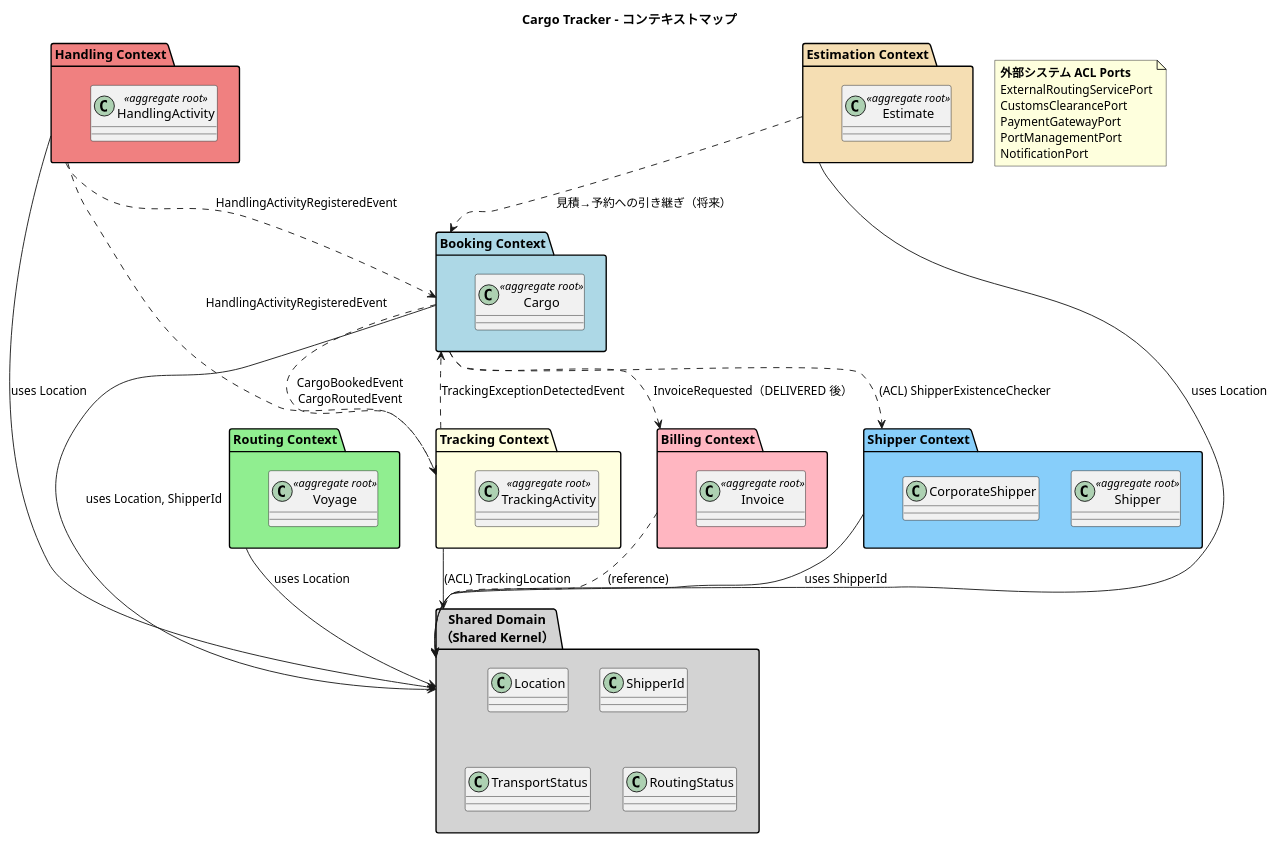
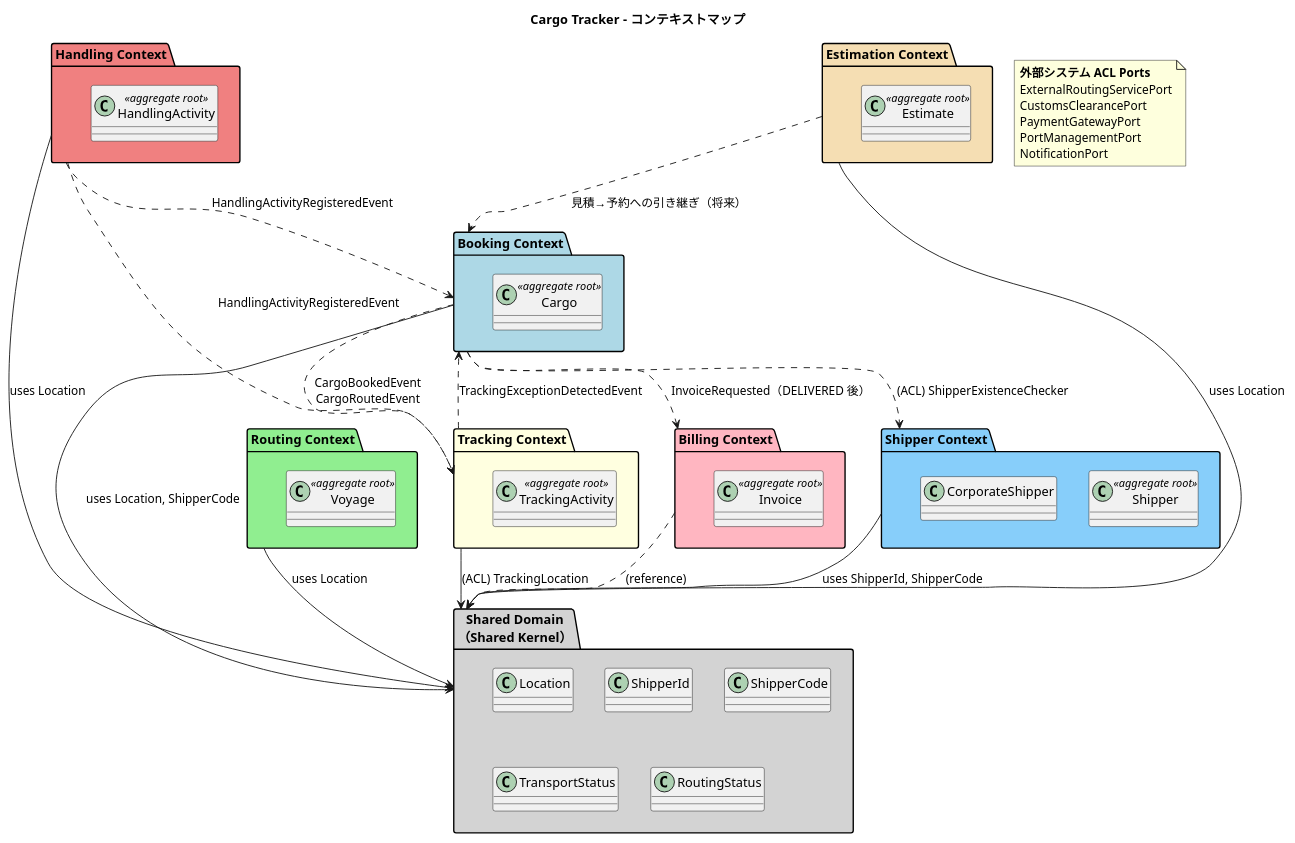
Before and after one commit to k2works/case-study-cargo-tracker: the second of 11 diagrams in docs/design/domain-model.md, drawn with PlantUML. The commit also changed other lines of this file and 3 other files, not shown here.

First line of the commit message:
docs(design): T1 上流設計を実装に是正（ShipperCode・特殊貨物・US13）

````diff
--- a/docs/design/domain-model.md
+++ b/docs/design/domain-model.md
@@ -185,67 +185,68 @@
 ```plantuml
 @startuml
 title Cargo Tracker - コンテキストマップ
 
 package "Booking Context" as booking #lightblue {
   class Cargo <<aggregate root>>
 }
 
 package "Shipper Context" as shipper #lightskyblue {
   class Shipper <<aggregate root>>
   class CorporateShipper
 }
 
 package "Routing Context" as routing #lightgreen {
   class Voyage <<aggregate root>>
 }
 
 package "Tracking Context" as tracking #lightyellow {
   class TrackingActivity <<aggregate root>>
 }
 
 package "Handling Context" as handling #lightcoral {
   class HandlingActivity <<aggregate root>>
 }
 
 package "Billing Context" as billing #lightpink {
   class Invoice <<aggregate root>>
 }
 
 package "Estimation Context" as estimation #wheat {
   class Estimate <<aggregate root>>
 }
 
 package "Shared Domain\n（Shared Kernel）" as shared #lightgray {
   class Location
   class ShipperId
+  class ShipperCode
   class TransportStatus
   class RoutingStatus
 }
 
-booking --> shared : uses Location, ShipperId
+booking --> shared : uses Location, ShipperCode
 booking ..> shipper : (ACL) ShipperExistenceChecker
-shipper --> shared : uses ShipperId
+shipper --> shared : uses ShipperId, ShipperCode
 routing --> shared : uses Location
 tracking --> shared : (ACL) TrackingLocation
 handling --> shared : uses Location
 
 booking ..> tracking : CargoBookedEvent\nCargoRoutedEvent
 handling ..> tracking : HandlingActivityRegisteredEvent
 handling ..> booking : HandlingActivityRegisteredEvent
 tracking ..> booking : TrackingExceptionDetectedEvent
 booking ..> billing : InvoiceRequested（DELIVERED 後）
 billing ..> shared : (reference)
 estimation --> shared : uses Location
 estimation ..> booking : 見積→予約への引き継ぎ（将来）
 
 note as ACL_NOTE
   **外部システム ACL Ports**
   ExternalRoutingServicePort
   CustomsClearancePort
   PaymentGatewayPort
   PortManagementPort
   NotificationPort
 end note
 
 @enduml
 ```
````
